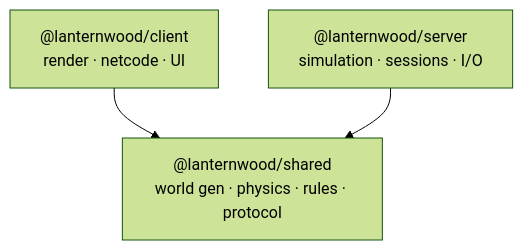
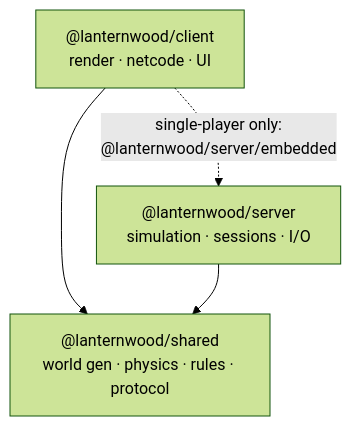
One commit to arthurxiangya/GameOne changed the second of 6 diagrams in docs/ARCHITECTURE.md. Above: the diagram before and after it, drawn with Mermaid (forest theme). The commit also changed other lines of this file and 28 other files, not shown here.

First line of the commit message:
Add single-player mode, Render deploy blueprint and browser checks in CI

````diff
--- a/docs/ARCHITECTURE.md
+++ b/docs/ARCHITECTURE.md
@@ -35,6 +35,7 @@
 ```mermaid
 flowchart TD
   client["@lanternwood/client<br/>render · netcode · UI"] --> shared
+  client -. "single-player only:<br/>@lanternwood/server/embedded" .-> server
   server["@lanternwood/server<br/>simulation · sessions · I/O"] --> shared
   shared["@lanternwood/shared<br/>world gen · physics · rules · protocol"]
 ```
````
